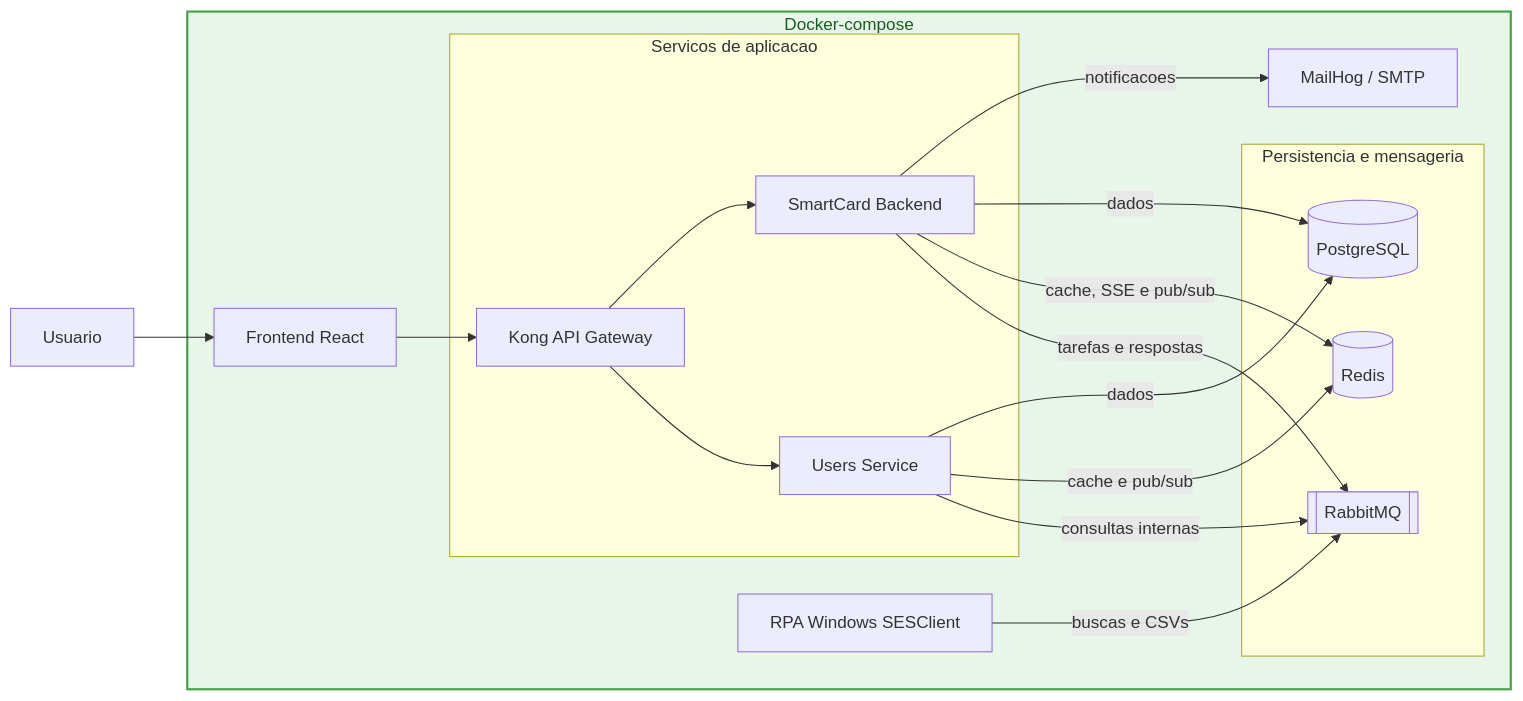
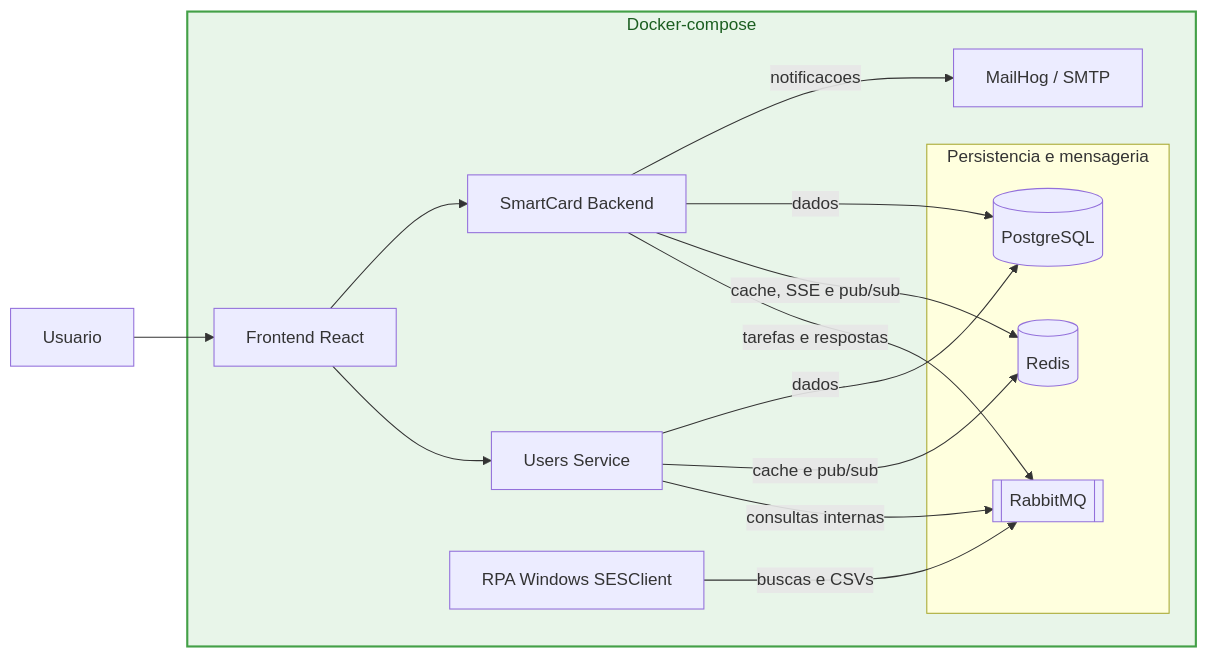
The diagram in README.md (AnaScassa/Projeto-LabAcess), drawn with Mermaid before and after one commit. The commit also changed other lines of this file and 37 other files, not shown here.

````diff
--- a/README.md
+++ b/README.md
@@ -7,32 +7,27 @@
 ```mermaid
 flowchart LR
 	U[Usuario] --> F[Frontend React]
 
 	subgraph Docker[Docker-compose]
-	
-		F --> K[Kong API Gateway]
-
-		subgraph Servicos[Servicos de aplicacao]
-			K --> S[SmartCard Backend]
-			K --> US[Users Service]
-		end
+		F --> S[SmartCard Backend]
+		F --> US[Users Service]
 
 		subgraph Persistencia[Persistencia e mensageria]
 			DB[(PostgreSQL)]
 			R[(Redis)]
 			Q[[RabbitMQ]]
 		end
 
 		S -->|notificacoes| M[MailHog / SMTP]
 		S -->|dados| DB
 		US -->|dados| DB
 		S -->|cache, SSE e pub/sub| R
 		US -->|cache e pub/sub| R
 		S -->|tarefas e respostas| Q
 		US -->|consultas internas| Q
 		RPA[RPA Windows SESClient] -->|buscas e CSVs| Q
 	end
 
 	classDef docker fill:#e8f5e9,stroke:#43a047,stroke-width:2px,color:#1b5e20
 	class Docker docker
 ```
````
